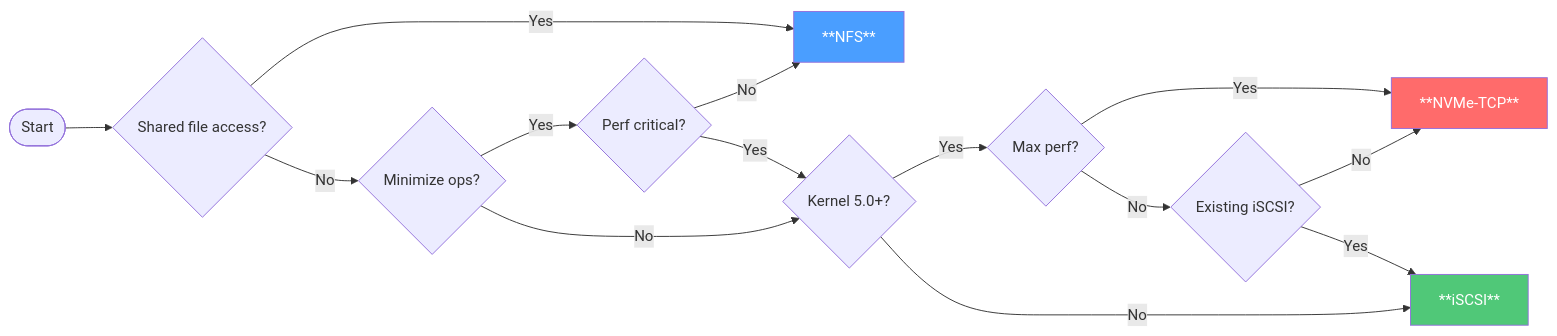
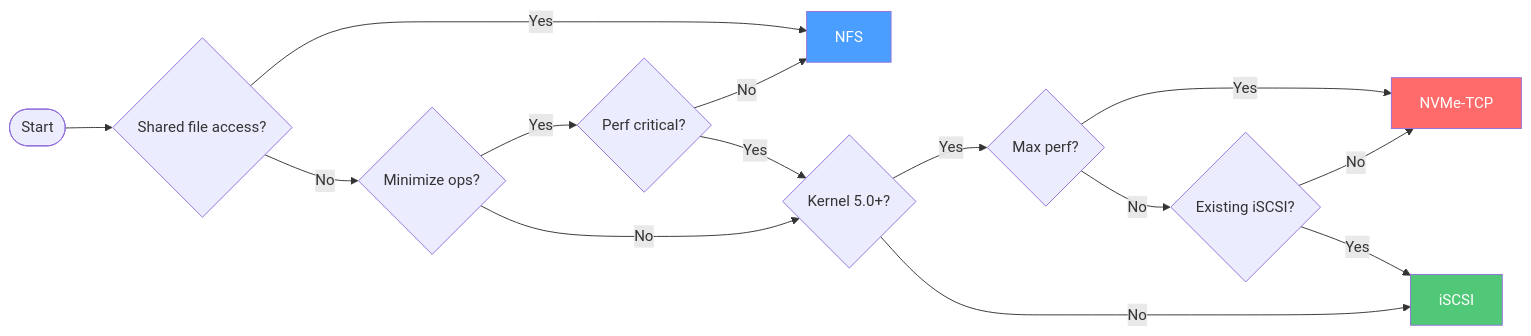
Before and after one commit to khensler/Quickstart-Guides: the first of 6 diagrams in common/choosing-a-protocol.md, drawn with Mermaid. The commit also changed 1 other file, not shown here.

Commit message:
redundant file removal and formating fixes

````diff
--- a/common/choosing-a-protocol.md
+++ b/common/choosing-a-protocol.md
@@ -14,19 +14,19 @@
 ```mermaid
 flowchart LR
     START([Start]) --> Q1{Shared file access?}
-    Q1 -->|Yes| NFS[**NFS**]
+    Q1 -->|Yes| NFS[NFS]
     Q1 -->|No| Q2{Minimize ops?}
     Q2 -->|Yes| Q2a{Perf critical?}
     Q2 -->|No| Q3{Kernel 5.0+?}
     Q2a -->|No| NFS
     Q2a -->|Yes| Q3
     Q3 -->|Yes| Q4{Max perf?}
-    Q4 -->|Yes| NVME[**NVMe-TCP**]
+    Q4 -->|Yes| NVME[NVMe-TCP]
     Q4 -->|No| Q5{Existing iSCSI?}
     Q5 -->|No| NVME
-    Q5 -->|Yes| ISCSI[**iSCSI**]
+    Q5 -->|Yes| ISCSI[iSCSI]
     Q3 -->|No| ISCSI
     style NFS fill:#4a9eff,color:#fff
     style ISCSI fill:#50c878,color:#fff
     style NVME fill:#ff6b6b,color:#fff
 ```
````
